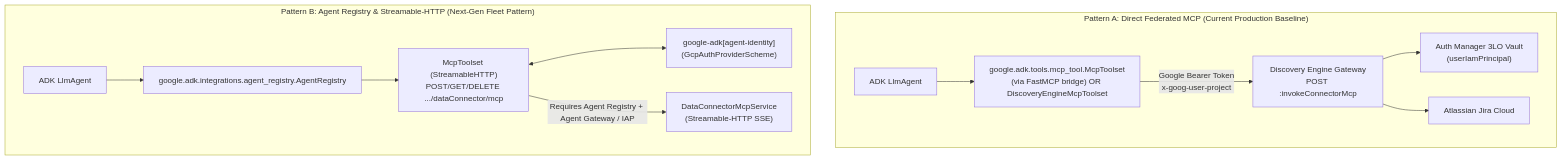
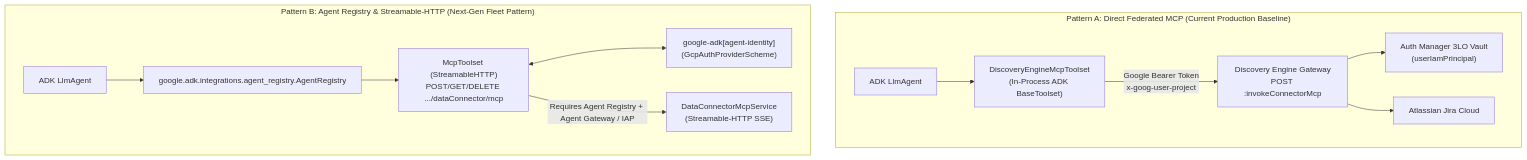
Before and after one commit to jswortz/gemini-jira-federated: the fourth of 4 diagrams in README.md, drawn with Mermaid. The commit also changed other lines of this file and 5 other files, not shown here.

Commit message:
refactor: stream in-process DiscoveryEngineMcpToolset and remove mcp_server bridge

````diff
--- a/README.md
+++ b/README.md
@@ -323,28 +323,28 @@
 ```mermaid
 flowchart TD
     subgraph PatternA["Pattern A: Direct Federated MCP (Current Production Baseline)"]
         AgentA["ADK LlmAgent"]
-        ToolsetA["google.adk.tools.mcp_tool.McpToolset\n(via FastMCP bridge) OR DiscoveryEngineMcpToolset"]
+        ToolsetA["DiscoveryEngineMcpToolset\n(In-Process ADK BaseToolset)"]
         DEA["Discovery Engine Gateway\nPOST :invokeConnectorMcp"]
         VaultA["Auth Manager 3LO Vault\n(userIamPrincipal)"]
         JiraA["Atlassian Jira Cloud"]
 
         AgentA --> ToolsetA
         ToolsetA -->|"Google Bearer Token\nx-goog-user-project"| DEA
         DEA --> VaultA
         DEA --> JiraA
     end
 
     subgraph PatternB["Pattern B: Agent Registry & Streamable-HTTP (Next-Gen Fleet Pattern)"]
         AgentB["ADK LlmAgent"]
         RegB["google.adk.integrations.agent_registry.AgentRegistry"]
         McpB["McpToolset (StreamableHTTP)\nPOST/GET/DELETE .../dataConnector/mcp"]
         CredsB["google-adk[agent-identity]\n(GcpAuthProviderScheme)"]
         DEB["DataConnectorMcpService\n(Streamable-HTTP SSE)"]
 
         AgentB --> RegB
         RegB --> McpB
         McpB <--> CredsB
         McpB -->|"Requires Agent Registry + Agent Gateway / IAP"| DEB
     end
 ```
````
